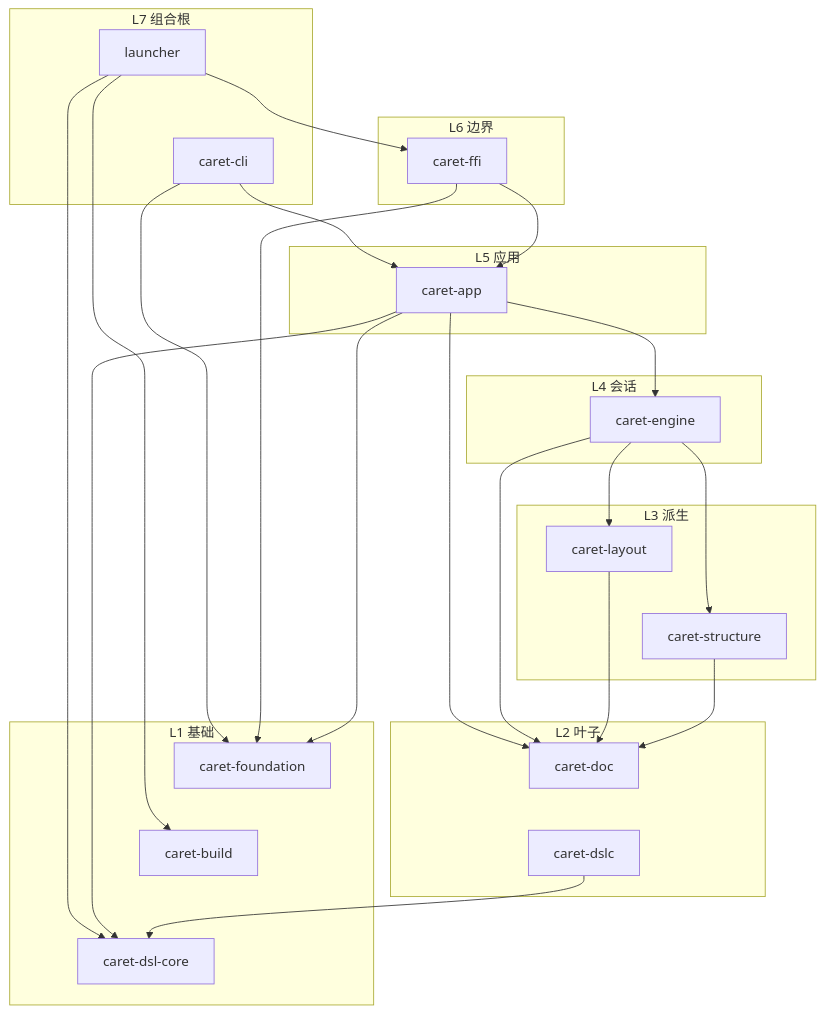
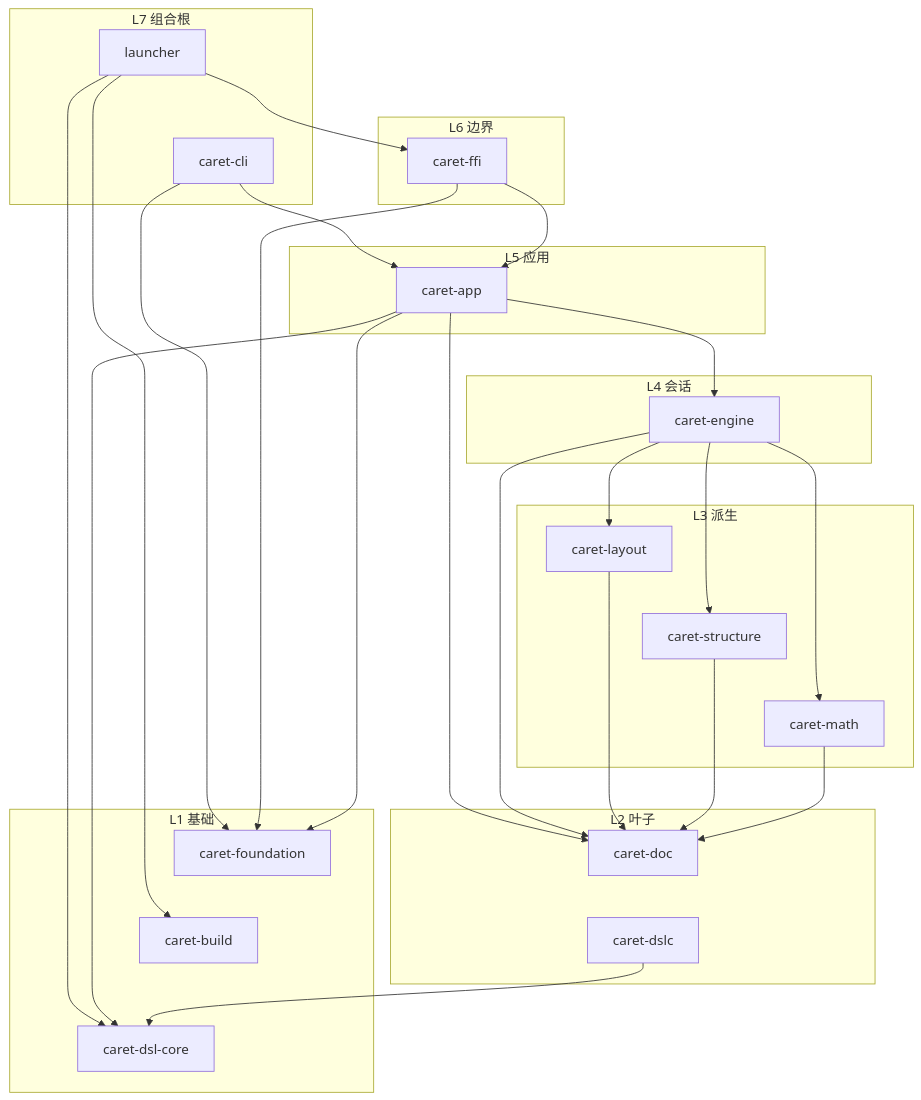
Before and after one commit to VibeSTEM/caret: the first of 2 diagrams in ai-docs/standards/layering/dependency-graphs.md, drawn with Mermaid. The commit also changed 113 other files, not shown here.

````diff
--- a/ai-docs/standards/layering/dependency-graphs.md
+++ b/ai-docs/standards/layering/dependency-graphs.md
@@ -5,52 +5,56 @@
 ```mermaid
 flowchart TB
   subgraph L7["L7 组合根"]
     launcher["launcher"]
     cli["caret-cli"]
   end
   subgraph L6["L6 边界"]
     ffi["caret-ffi"]
   end
   subgraph L5["L5 应用"]
     app["caret-app"]
   end
   subgraph L4["L4 会话"]
     engine["caret-engine"]
   end
   subgraph L3["L3 派生"]
     layout["caret-layout"]
     structure["caret-structure"]
+    math["caret-math"]
   end
   subgraph L2["L2 叶子"]
     doc["caret-doc"]
     dslc["caret-dslc"]
   end
   subgraph L1["L1 基础"]
     foundation["caret-foundation"]
     build["caret-build"]
     dslcore["caret-dsl-core"]
   end
 
   launcher --> ffi
   launcher --> build
   launcher --> dslcore
   cli --> app
   cli --> foundation
   launcher ~~~ cli
   ffi --> app
   ffi --> foundation
   app --> engine
   app --> dslcore
   app --> doc
   app --> foundation
   engine --> doc
   engine --> layout
   engine --> structure
+  engine --> math
   layout --> doc
   structure --> doc
+  math --> doc
   dslc --> dslcore
   layout ~~~ structure
+  structure ~~~ math
   doc ~~~ dslc
   foundation ~~~ build
   build ~~~ dslcore
 ```
````
